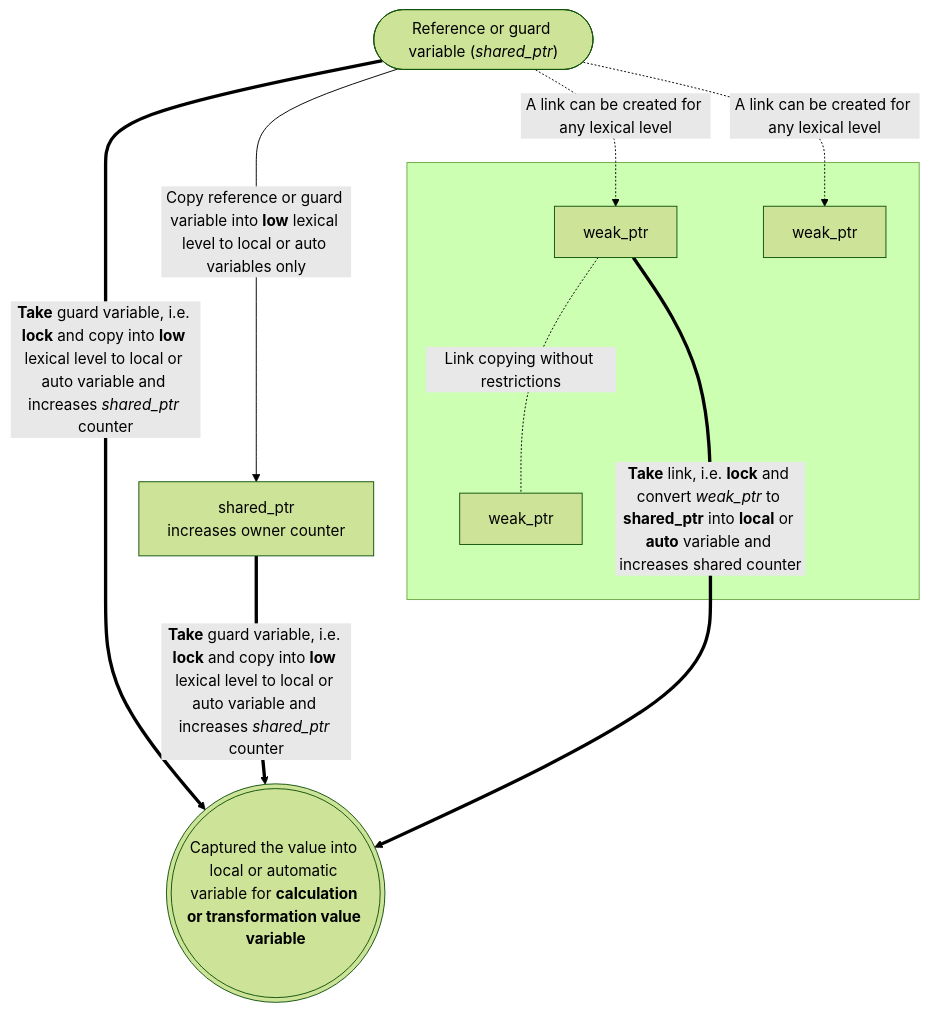
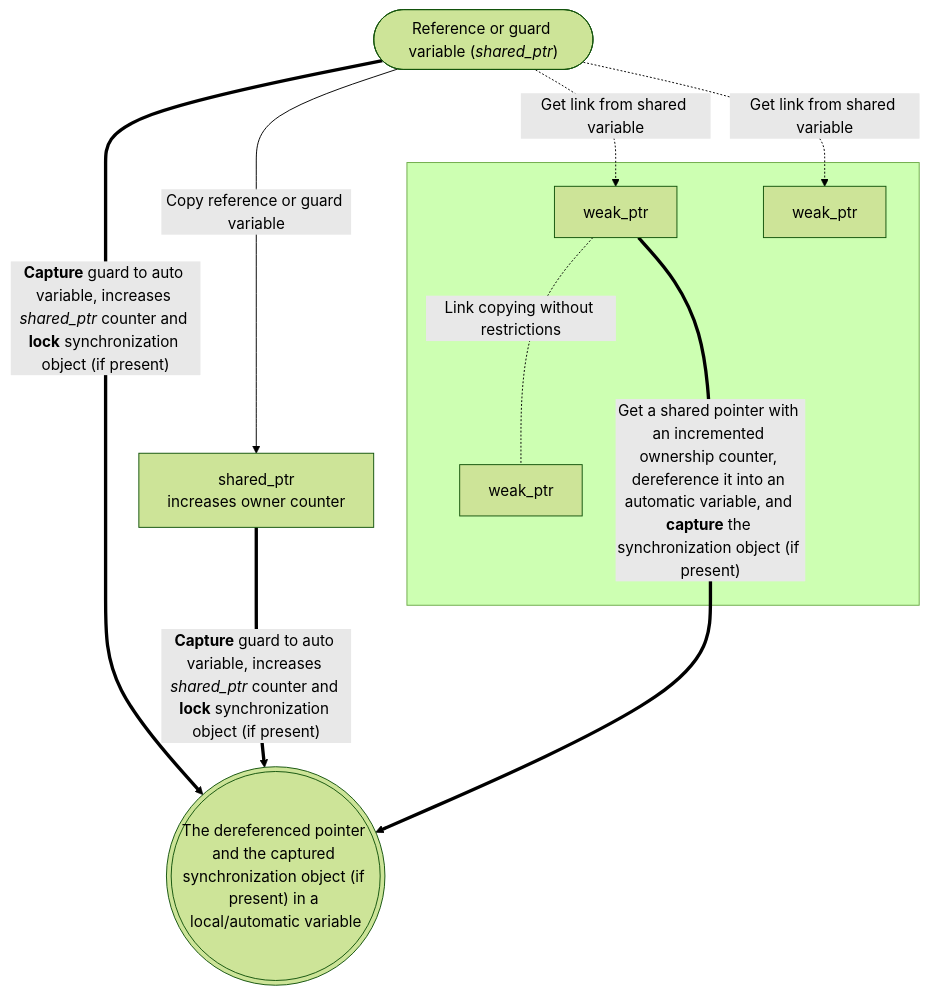
One commit to rsashka/newlang changed the diagram in site/content/ru/docs/syntax/memory.md. Above: the diagram before and after it, drawn with Mermaid (forest theme). The commit also changed other lines of this file and 9 other files, not shown here.

````diff
--- a/site/content/ru/docs/syntax/memory.md
+++ b/site/content/ru/docs/syntax/memory.md
@@ -71,27 +73,27 @@
 ```mermaid
 flowchart TB
 
     shared(["`
             Reference or guard variable (*shared_ptr*)
-        `"])--->|"`Copy reference or guard variable into **low** lexical level to local or auto variables only`"|local[shared_ptr
+        `"])--->|"`Copy reference or guard variable`"|local[shared_ptr
             increases owner counter
         ]
     
-    shared-.->|"`A link can be created for any lexical level`"|ref1[weak_ptr]
-    shared==>|"`**Take** guard variable, i.e. **lock** and copy into **low** lexical level to local or auto variable and increases *shared_ptr* counter`"|take1[weak_ptr]
-    shared-.->|"`A link can be created for any lexical level`"|ref[weak_ptr]
-    local==>|"`**Take** guard variable, i.e. **lock** and copy into **low** lexical level to local or auto variable and increases *shared_ptr* counter`"|take1[weak_ptr]
+    shared-.->|"`Get link from shared variable`"|ref1[weak_ptr]
+    shared==>|"`**Capture** guard to auto variable, increases *shared_ptr* counter and **lock** synchronization object (if present)`"|take1[weak_ptr]
+    shared-.->|"`Get link from shared variable`"|ref[weak_ptr]
+    local==>|"`**Capture** guard to auto variable, increases *shared_ptr* counter and **lock** synchronization object (if present)`"|take1[weak_ptr]
 
 
     subgraph reference[" "]
         ref1-.-|Link copying without restrictions|ref3[weak_ptr]
         ref[weak_ptr]
     end
 
-    ref1==>|"`**Take** link, i.e. **lock** and convert *weak_ptr* to **shared_ptr** into **local** or **auto** variable and increases shared counter`"|take1((("`
-        Captured the value into local or automatic variable for **calculation or transformation value variable**
+    ref1==>|"`Get a shared pointer with an incremented ownership counter, dereference it into an automatic variable, and **capture** the synchronization object (if present)`"|take1((("`
+        The dereferenced pointer and the captured synchronization object (if present) in a local/automatic variable
         `")))
 
-    click take1 "#take"
+    click take1 "#lock"
 
 ```
````
